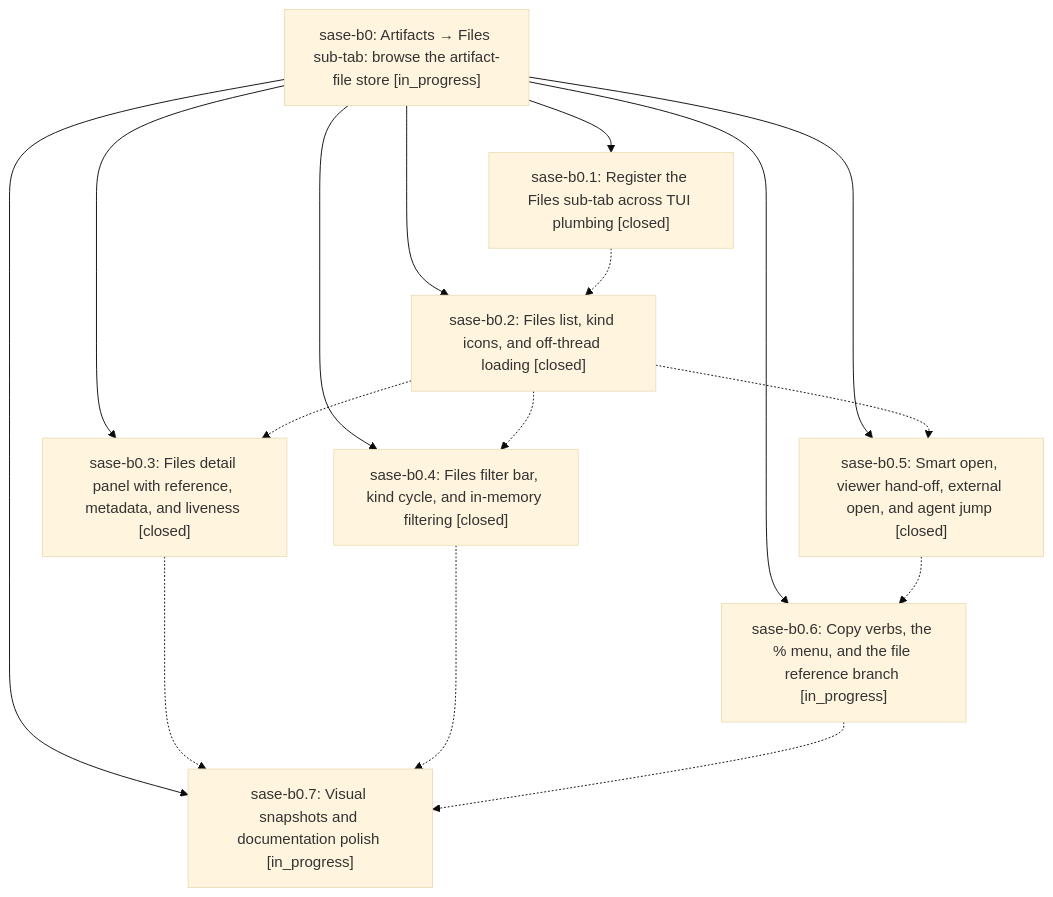
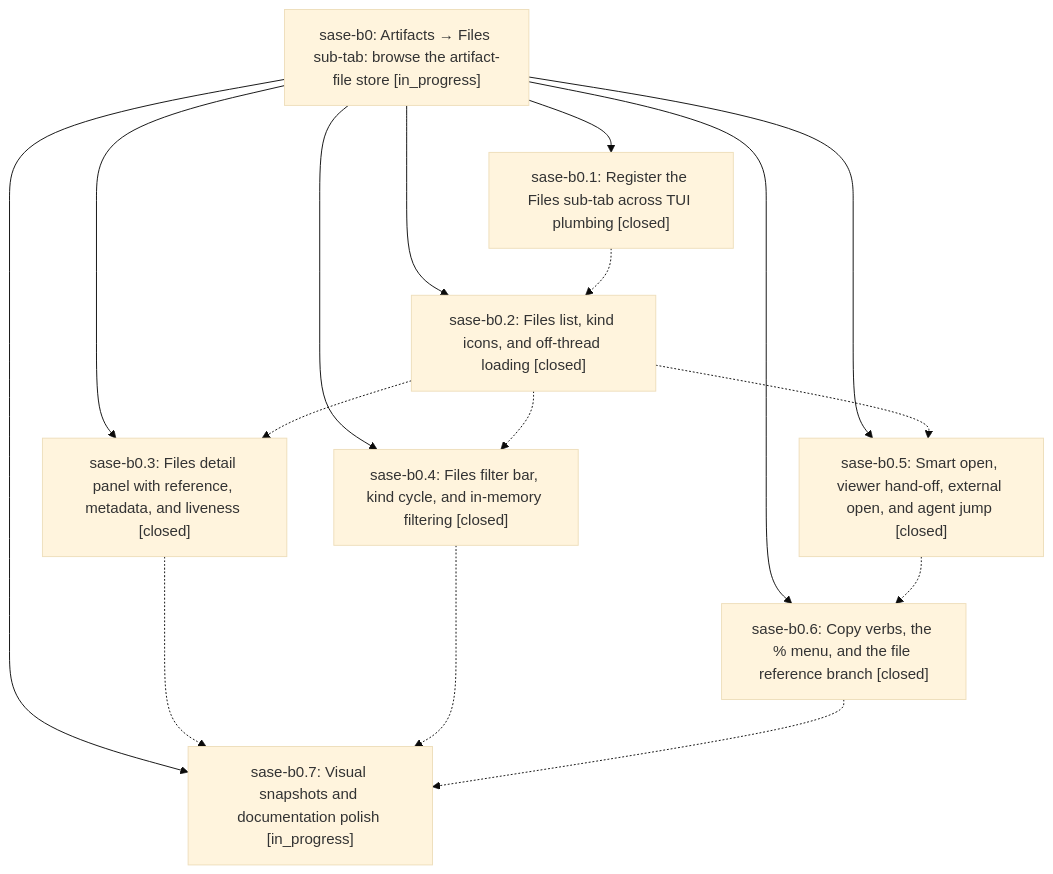
Before and after one commit to sase-org/sase--beads: the diagram in pages/sase-b0/README.md, drawn with Mermaid (base theme). The commit also changed other lines of this file and 3 other files, not shown here.

````diff
--- a/pages/sase-b0/README.md
+++ b/pages/sase-b0/README.md
@@ -28,26 +28,26 @@
 ```mermaid
 flowchart TD
     n0["sase-b0: Artifacts → Files sub-tab: browse the artifact-file store [in_progress]"]
     n1["sase-b0.1: Register the Files sub-tab across TUI plumbing [closed]"]
     n2["sase-b0.2: Files list, kind icons, and off-thread loading [closed]"]
     n3["sase-b0.3: Files detail panel with reference, metadata, and liveness [closed]"]
     n4["sase-b0.4: Files filter bar, kind cycle, and in-memory filtering [closed]"]
     n5["sase-b0.5: Smart open, viewer hand-off, external open, and agent jump [closed]"]
-    n6["sase-b0.6: Copy verbs, the % menu, and the file reference branch [in_progress]"]
+    n6["sase-b0.6: Copy verbs, the % menu, and the file reference branch [closed]"]
     n7["sase-b0.7: Visual snapshots and documentation polish [in_progress]"]
     n0 --> n1
     n0 --> n2
     n0 --> n3
     n0 --> n4
     n0 --> n5
     n0 --> n6
     n0 --> n7
     n1 -.-> n2
     n2 -.-> n3
     n2 -.-> n4
     n2 -.-> n5
     n3 -.-> n7
     n4 -.-> n7
     n5 -.-> n6
     n6 -.-> n7
 ```
````
